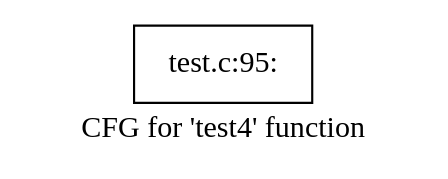
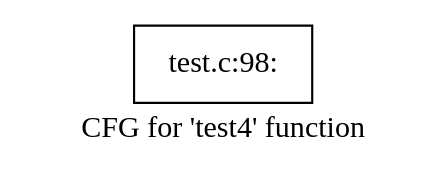
One commit to williamslay/NJUPT_Bachelor changed the diagram in testing/temp/dot-files/cfg.test4.dot. Above: the diagram before and after it, drawn with Graphviz. The commit also changed 34 other files, not shown here.

```diff
--- a/testing/temp/dot-files/cfg.test4.dot
+++ b/testing/temp/dot-files/cfg.test4.dot
@@ -1,5 +1,5 @@
 digraph "CFG for 'test4' function" {
 	label="CFG for 'test4' function";
 
-	Node0x55c0d67a3e90 [shape=record,label="{test.c:95:}"];
+	Node0x561f1ae92610 [shape=record,label="{test.c:98:}"];
 }
```
